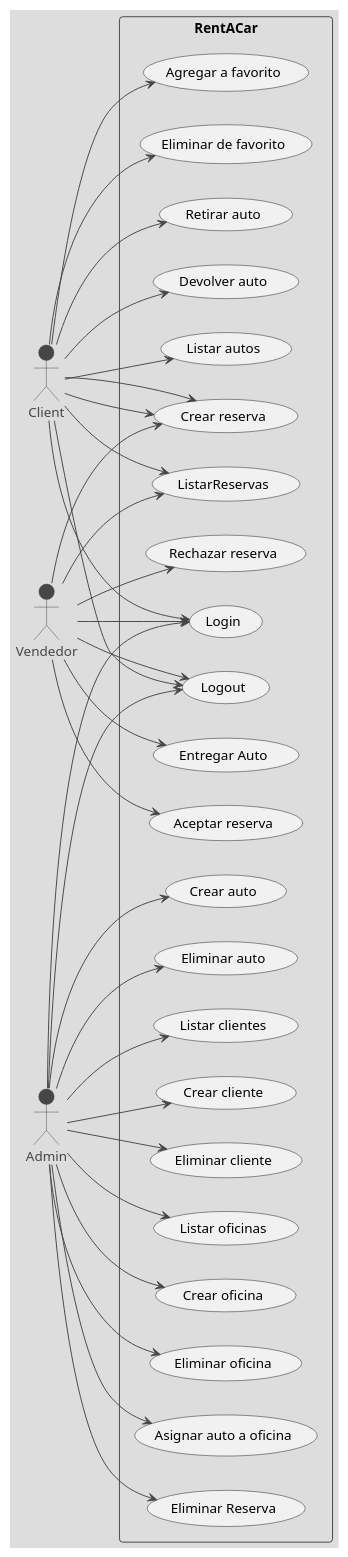
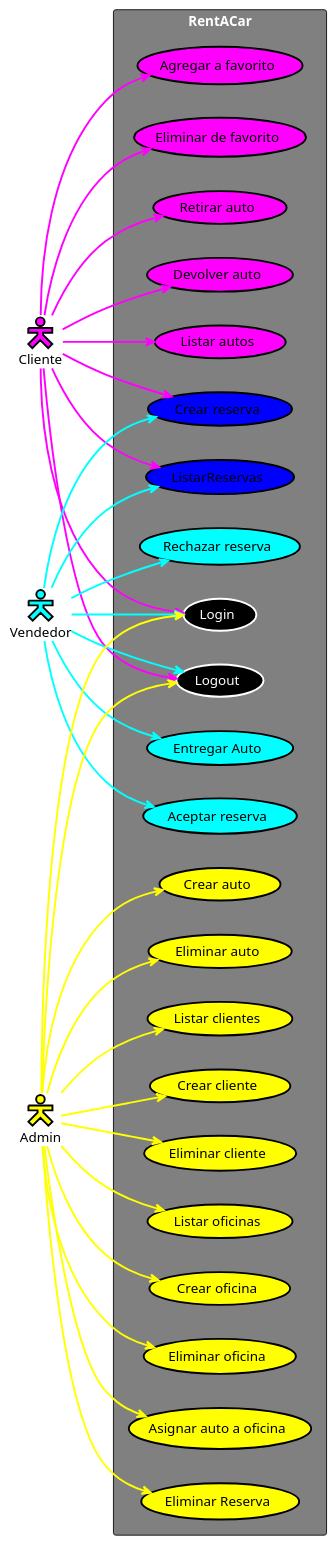
One commit to FrancoSpinelli/primer-parcial-grupo-10-programacion-ii-2024 changed the second of 2 diagrams in README.md. Above: the diagram before and after it, drawn with PlantUML. The commit also changed other lines of this file and 11 other files, not shown here.

````diff
--- a/README.md
+++ b/README.md
@@ -282,71 +482,72 @@
 ```plantuml
 @startuml
-!theme toy
 
 left to right direction
 
-actor "Client" as cl
-actor "Vendedor" as ve
-actor "Admin" as ad
+skinparam actorStyle Hollow
+
+actor "Cliente" as cl  #magenta;line:black;line.bold;text:black
+actor "Vendedor" as ve #cyan;line:black;line.bold;text:black
+actor "Admin" as ad #yellow;line:black;line.bold;text:black
 
 
-rectangle RentACar {
-  usecase "Login" as Login
-  usecase "Logout" as Logout
-  usecase "Agregar a favorito" as AFavoritos
-  usecase "Eliminar de favorito" as EFavoritos
-  usecase "Retirar auto" as RetAuto
-  usecase "Devolver auto" as DevAuto
-  usecase "Listar autos" as ListarAutos
-  usecase "Crear reserva" as Reservar
-  usecase "ListarReservas" as ListarReservas
-  usecase "Aceptar reserva" as AcepReservar
-  usecase "Rechazar reserva" as RecReservar
-  usecase "Entregar Auto" as EntregarAuto
-  usecase "Crear auto" as CrearAuto
-  usecase "Eliminar auto" as EliminarAuto
-  usecase "Listar clientes" as ListarClientes
-  usecase "Crear cliente" as CrearCliente
-  usecase "Eliminar cliente" as EliminarCliente
-  usecase "Listar oficinas" as ListarOficina
-  usecase "Crear oficina" as CrearOficina
-  usecase "Eliminar oficina" as EliminarOficina
-  usecase "Asignar auto a oficina" as AsignarAutoAOfi
-  usecase "Eliminar Reserva" as EliminarReserva
+rectangle RentACar #grey;text:white{
+  usecase "Login" as Login #black;line:white;line.bold;text:white
+  usecase "Logout" as Logout #black;line:white;line.bold;text:white
+  usecase "Agregar a favorito" as AFavoritos #magenta;line:black;line.bold;text:black
+  usecase "Eliminar de favorito" as EFavoritos #magenta;line:black;line.bold;text:black
+  usecase "Retirar auto" as RetAuto #magenta;line:black;line.bold;text:black
+  usecase "Devolver auto" as DevAuto #magenta;line:black;line.bold;text:black
+  usecase "Listar autos" as ListarAutos #magenta;line:black;line.bold;text:black
+  usecase "Crear reserva" as Reservar #blue;line:black;line.bold;text:black
+  usecase "ListarReservas" as ListarReservas #blue;line:black;line.bold;text:black
+  usecase "Aceptar reserva" as AcepReservar #cyan;line:black;line.bold;text:black
+  usecase "Rechazar reserva" as RecReservar #cyan;line:black;line.bold;text:black
+  usecase "Entregar Auto" as EntregarAuto #cyan;line:black;line.bold;text:black
+  usecase "Crear auto" as CrearAuto #yellow;line:black;line.bold;text:black
+  usecase "Eliminar auto" as EliminarAuto #yellow;line:black;line.bold;text:black
+  usecase "Listar clientes" as ListarClientes #yellow;line:black;line.bold;text:black
+  usecase "Crear cliente" as CrearCliente #yellow;line:black;line.bold;text:black
+  usecase "Eliminar cliente" as EliminarCliente #yellow;line:black;line.bold;text:black
+  usecase "Listar oficinas" as ListarOficina #yellow;line:black;line.bold;text:black
+  usecase "Crear oficina" as CrearOficina #yellow;line:black;line.bold;text:black
+  usecase "Eliminar oficina" as EliminarOficina #yellow;line:black;line.bold;text:black
+  usecase "Asignar auto a oficina" as AsignarAutoAOfi #yellow;line:black;line.bold;text:black
+  usecase "Eliminar Reserva" as EliminarReserva #yellow;line:black;line.bold;text:black
 }
 
-cl --> Login
-cl --> Logout
-cl --> ListarAutos
-cl --> Reservar
-cl --> AFavoritos
-cl --> EFavoritos
-cl --> RetAuto
-cl --> DevAuto
-cl --> Reservar
-cl --> ListarReservas
 
-ve --> Login
-ve --> Logout
-ve --> Reservar
-ve --> ListarReservas
-ve --> AcepReservar
-ve --> RecReservar
-ve --> EntregarAuto
+cl --> Login #line:magenta;line.bold
+cl --> Logout #line:magenta;line.bold
+cl --> ListarAutos #line:magenta;line.bold
+cl --> Reservar #line:magenta;line.bold
+cl --> AFavoritos #line:magenta;line.bold
+cl --> EFavoritos #line:magenta;line.bold
+cl --> RetAuto #line:magenta;line.bold
+cl --> DevAuto #line:magenta;line.bold
+cl --> ListarReservas #line:magenta;line.bold
 
-ad --> Login
-ad --> Logout
-ad --> CrearAuto
-ad --> EliminarAuto
-ad --> ListarClientes
-ad --> CrearCliente
-ad --> EliminarCliente
-ad --> ListarOficina
-ad --> CrearOficina
-ad --> EliminarOficina
-ad --> AsignarAutoAOfi
-ad --> EliminarReserva
+ve --> Login #line:cyan;line.bold
+ve --> Logout #line:cyan;line.bold
+ve --> Reservar #line:cyan;line.bold
+ve --> ListarReservas #line:cyan;line.bold
+ve --> AcepReservar #line:cyan;line.bold
+ve --> RecReservar #line:cyan;line.bold
+ve --> EntregarAuto #line:cyan;line.bold
+
+ad --> Login #line:yellow;line.bold
+ad --> Logout #line:yellow;line.bold
+ad --> CrearAuto #line:yellow;line.bold
+ad --> EliminarAuto #line:yellow;line.bold
+ad --> ListarClientes #line:yellow;line.bold
+ad --> CrearCliente #line:yellow;line.bold
+ad --> EliminarCliente #line:yellow;line.bold
+ad --> ListarOficina #line:yellow;line.bold
+ad --> CrearOficina #line:yellow;line.bold
+ad --> EliminarOficina #line:yellow;line.bold
+ad --> AsignarAutoAOfi #line:yellow;line.bold
+ad --> EliminarReserva #line:yellow;line.bold
 
 
 @enduml
 ```
````
